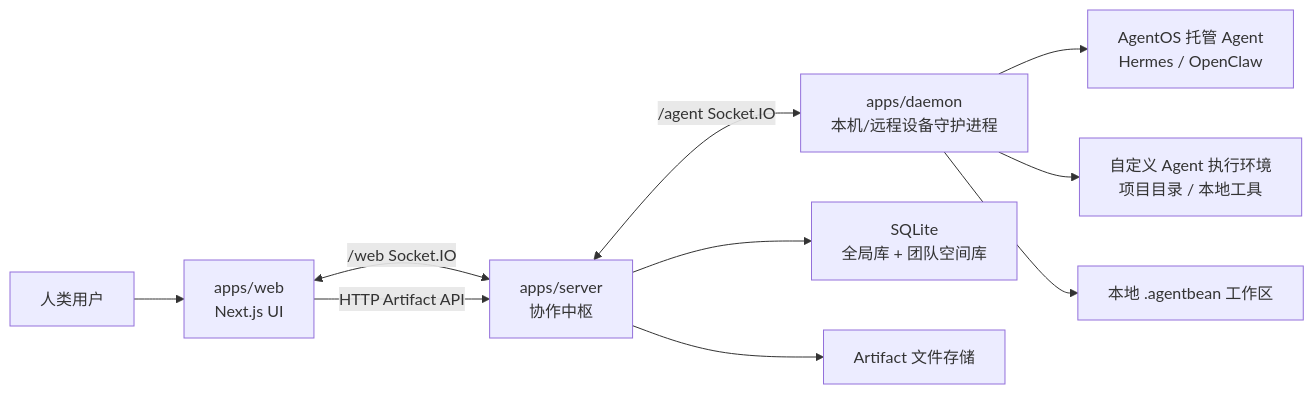
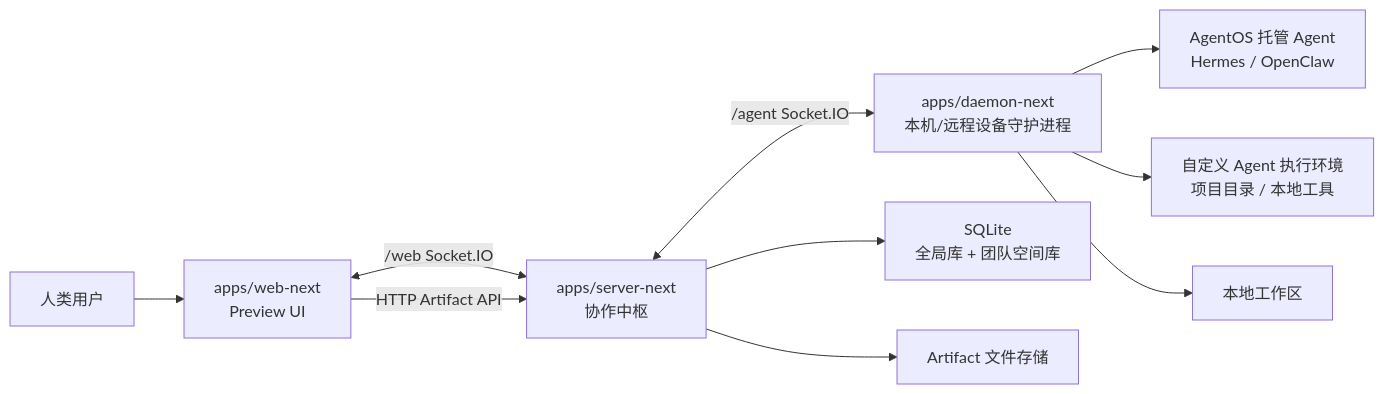
The first of 6 diagrams in README.md (xiaojichao/agentbean), drawn with Mermaid before and after one commit. The commit also changed other lines of this file and 4 other files, not shown here.

First line of the commit message:
docs: 将 README 默认入口切换为 AgentBean Next，旧栈降级为 legacy/rollback

````diff
--- a/README.md
+++ b/README.md
@@ -24,14 +34,14 @@
 ```mermaid
 flowchart LR
-  U["人类用户"] --> W["apps/web<br/>Next.js UI"]
-  W <-->|"/web Socket.IO"| S["apps/server<br/>协作中枢"]
+  U["人类用户"] --> W["apps/web-next<br/>Preview UI"]
+  W <-->|"/web Socket.IO"| S["apps/server-next<br/>协作中枢"]
   W -->|"HTTP Artifact API"| S
 
-  S <-->|"/agent Socket.IO"| D["apps/daemon<br/>本机/远程设备守护进程"]
+  S <-->|"/agent Socket.IO"| D["apps/daemon-next<br/>本机/远程设备守护进程"]
   D --> R1["AgentOS 托管 Agent<br/>Hermes / OpenClaw"]
   D --> R2["自定义 Agent 执行环境<br/>项目目录 / 本地工具"]
-  D --> FS["本地 .agentbean 工作区"]
+  D --> FS["本地工作区"]
 
   S --> DB["SQLite<br/>全局库 + 团队空间库"]
   S --> ART["Artifact 文件存储"]
 ```
````
